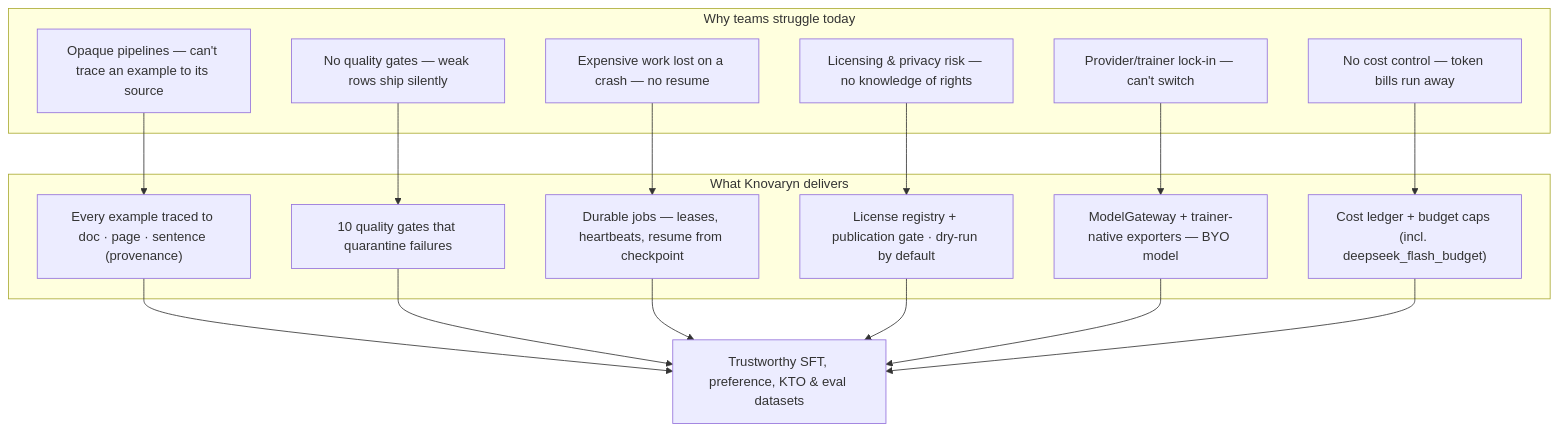
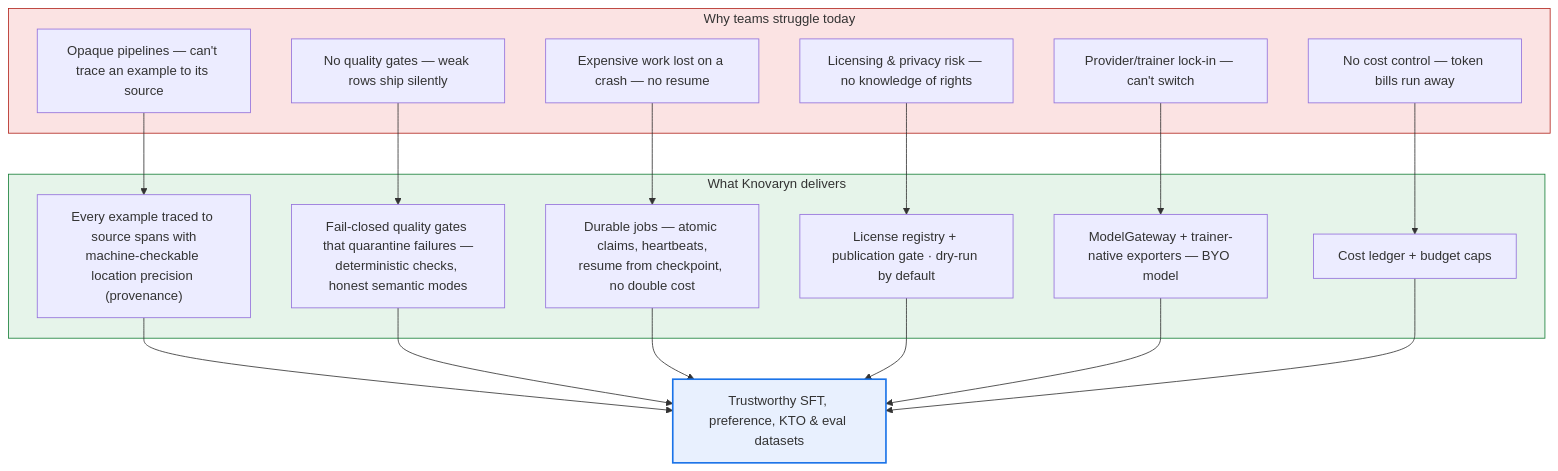
Before and after one commit to waalwalker1/knovaryn: the sixth of 6 diagrams in docs/architecture/readme-diagrams.md, drawn with Mermaid. The commit also changed other lines of this file and 132 other files, not shown here.

````diff
--- a/docs/architecture/readme-diagrams.md
+++ b/docs/architecture/readme-diagrams.md
@@ -245,34 +328,38 @@
 ```mermaid
 flowchart TD
     subgraph PAIN["Why teams struggle today"]
         P1["Opaque pipelines — can't trace an example to its source"]
         P2["No quality gates — weak rows ship silently"]
         P3["Expensive work lost on a crash — no resume"]
         P4["Licensing & privacy risk — no knowledge of rights"]
         P5["Provider/trainer lock-in — can't switch"]
         P6["No cost control — token bills run away"]
     end
 
     subgraph VALUE["What Knovaryn delivers"]
-        V1["Every example traced to doc · page · sentence (provenance)"]
-        V2["10 quality gates that quarantine failures"]
-        V3["Durable jobs — leases, heartbeats, resume from checkpoint"]
+        V1["Every example traced to source spans with<br/>machine-checkable location precision (provenance)"]
+        V2["Fail-closed quality gates that quarantine failures —<br/>deterministic checks, honest semantic modes"]
+        V3["Durable jobs — atomic claims, heartbeats,<br/>resume from checkpoint, no double cost"]
         V4["License registry + publication gate · dry-run by default"]
         V5["ModelGateway + trainer-native exporters — BYO model"]
-        V6["Cost ledger + budget caps (incl. deepseek_flash_budget)"]
+        V6["Cost ledger + budget caps"]
     end
 
     P1 --> V1
     P2 --> V2
     P3 --> V3
     P4 --> V4
     P5 --> V5
     P6 --> V6
 
     V1 --> OUT["Trustworthy SFT, preference, KTO & eval datasets"]
     V2 --> OUT
     V3 --> OUT
     V4 --> OUT
     V5 --> OUT
     V6 --> OUT
+
+    style PAIN fill:#fbe3e3,stroke:#b3261e
+    style VALUE fill:#e6f4ea,stroke:#188038
+    style OUT fill:#e8f0fe,stroke:#1a73e8,stroke-width:2px
 ```
````
